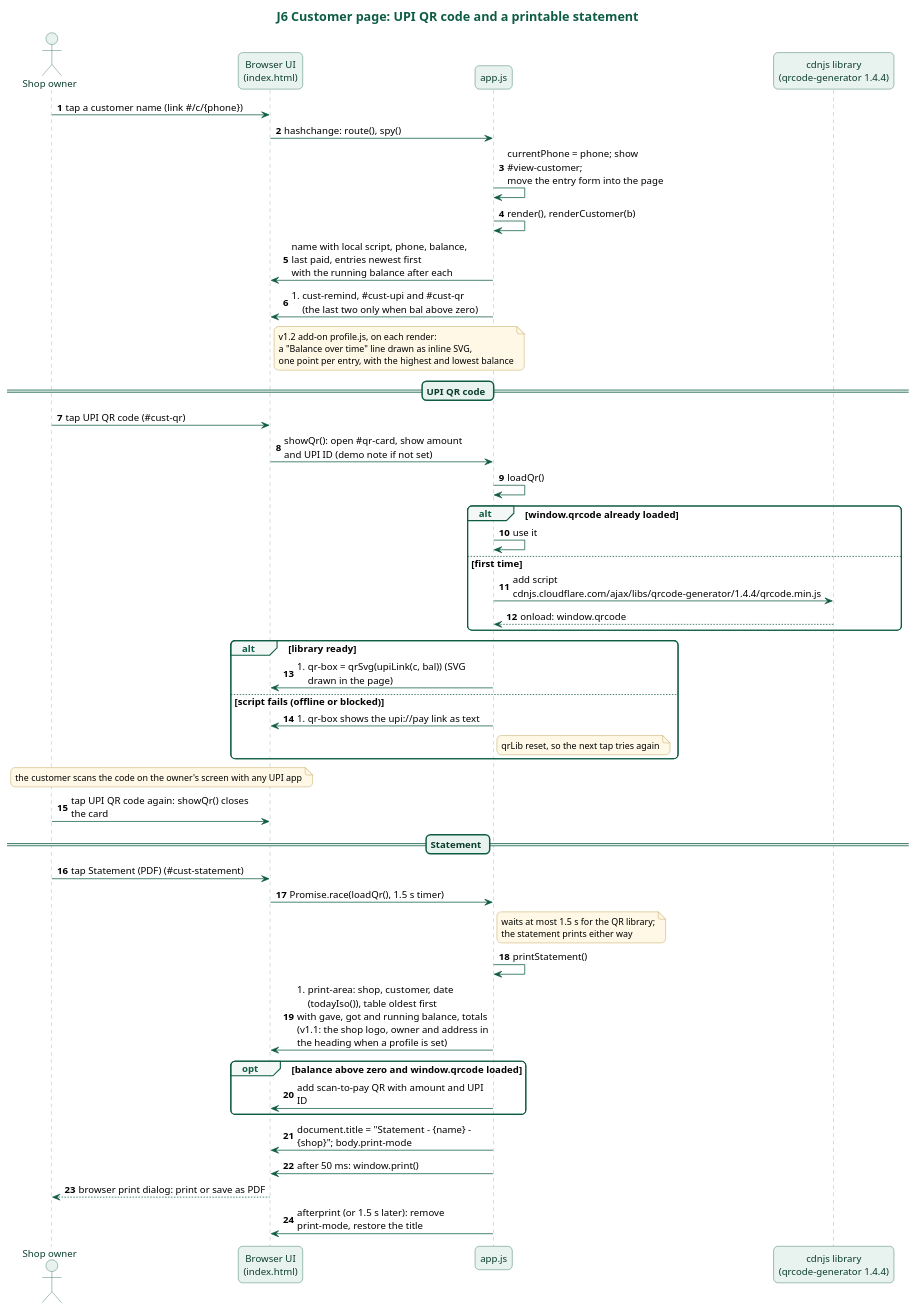
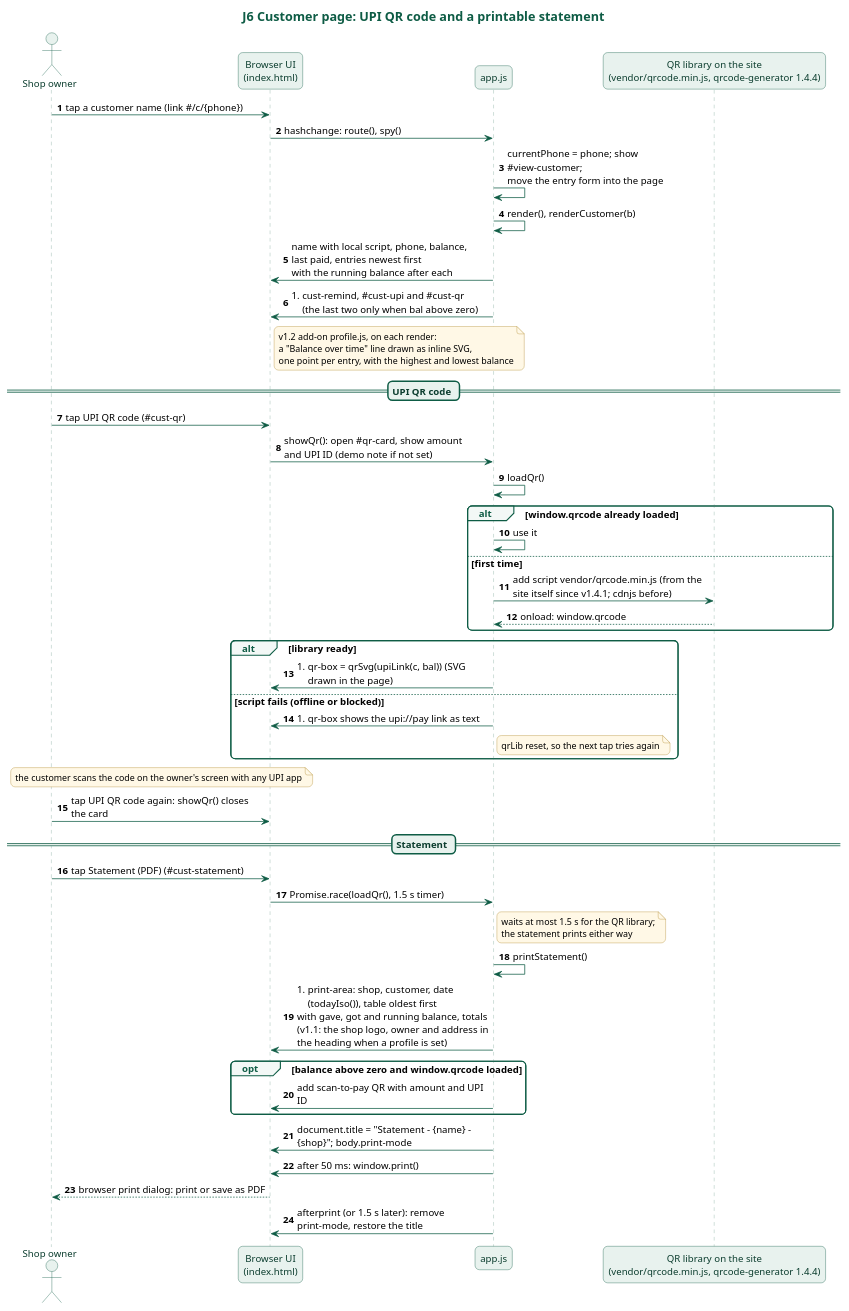
The diagram in docs/diagrams/j6-qr-and-statement.puml (karwasanjay007/hisaab-docs), drawn with PlantUML before and after one commit. The commit also changed 21 other files, not shown here.

```diff
--- a/docs/diagrams/j6-qr-and-statement.puml
+++ b/docs/diagrams/j6-qr-and-statement.puml
@@ -1,83 +1,83 @@
 @startuml j6-qr-and-statement
 title J6 Customer page: UPI QR code and a printable statement
 skinparam backgroundColor white
 skinparam defaultFontName "Noto Sans"
 skinparam defaultFontSize 13
 skinparam roundCorner 12
 skinparam shadowing false
 skinparam maxMessageSize 260
 skinparam titleFontSize 17
 skinparam titleFontColor #0E5C45
 skinparam sequenceMessageAlign left
 skinparam responseMessageBelowArrow true
 skinparam sequence {
   ArrowColor #0E5C45
   LifeLineBorderColor #7FA89A
   LifeLineBackgroundColor #E8F2EE
   ParticipantBorderColor #0E5C45
   ParticipantBackgroundColor #E8F2EE
   ParticipantFontColor #0B3D2E
   ActorBorderColor #0E5C45
   ActorBackgroundColor #E8F2EE
   ActorFontColor #0B3D2E
   GroupBorderColor #0E5C45
   GroupHeaderFontColor #0E5C45
   GroupBackgroundColor #F3F8F6
   DividerBorderColor #0E5C45
   DividerBackgroundColor #E8F2EE
   DividerFontColor #0B3D2E
   BoxBorderColor #0E5C45
 }
 skinparam database {
   BorderColor #0E5C45
   BackgroundColor #E8F2EE
 }
 skinparam note {
   BorderColor #B08A2E
   BackgroundColor #FFF8E6
   FontSize 12
 }
 actor "Shop owner" as Owner
 participant "Browser UI\n(index.html)" as UI
 participant "app.js" as App
-participant "cdnjs library\n(qrcode-generator 1.4.4)" as CDN
+participant "QR library on the site\n(vendor/qrcode.min.js, qrcode-generator 1.4.4)" as CDN
 autonumber
 Owner -> UI : tap a customer name (link #/c/{phone})
 UI -> App : hashchange: route(), spy()
 App -> App : currentPhone = phone; show #view-customer;\nmove the entry form into the page
 App -> App : render(), renderCustomer(b)
 App -> UI : name with local script, phone, balance, last paid, entries newest first\nwith the running balance after each
 App -> UI : #cust-remind, #cust-upi and #cust-qr (the last two only when bal above zero)
 note right of UI : v1.2 add-on profile.js, on each render:\na "Balance over time" line drawn as inline SVG,\none point per entry, with the highest and lowest balance
 == UPI QR code ==
 Owner -> UI : tap UPI QR code (#cust-qr)
 UI -> App : showQr(): open #qr-card, show amount and UPI ID (demo note if not set)
 App -> App : loadQr()
 alt window.qrcode already loaded
   App -> App : use it
 else first time
-  App -> CDN : add script cdnjs.cloudflare.com/ajax/libs/qrcode-generator/1.4.4/qrcode.min.js
+  App -> CDN : add script vendor/qrcode.min.js (from the site itself since v1.4.1; cdnjs before)
   CDN --> App : onload: window.qrcode
 end
 alt library ready
   App -> UI : #qr-box = qrSvg(upiLink(c, bal)) (SVG drawn in the page)
 else script fails (offline or blocked)
   App -> UI : #qr-box shows the upi:~//pay link as text
   note right of App : qrLib reset, so the next tap tries again
 end
 note over Owner, UI : the customer scans the code on the owner's screen with any UPI app
 Owner -> UI : tap UPI QR code again: showQr() closes the card
 == Statement ==
 Owner -> UI : tap Statement (PDF) (#cust-statement)
 UI -> App : Promise.race(loadQr(), 1.5 s timer)
 note right of App : waits at most 1.5 s for the QR library;\nthe statement prints either way
 App -> App : printStatement()
 App -> UI : #print-area: shop, customer, date (todayIso()), table oldest first\nwith gave, got and running balance, totals\n(v1.1: the shop logo, owner and address in the heading when a profile is set)
 opt balance above zero and window.qrcode loaded
   App -> UI : add scan-to-pay QR with amount and UPI ID
 end
 App -> UI : document.title = "Statement - {name} - {shop}"; body.print-mode
 App -> UI : after 50 ms: window.print()
 UI --> Owner : browser print dialog: print or save as PDF
 App -> UI : afterprint (or 1.5 s later): remove print-mode, restore the title
 @enduml
```
